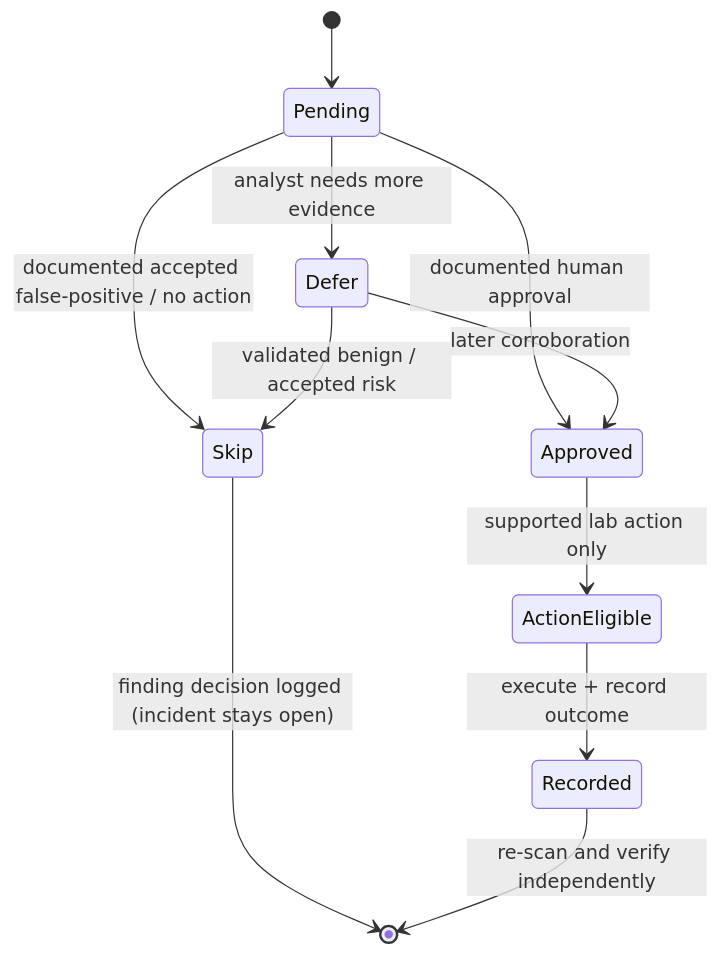
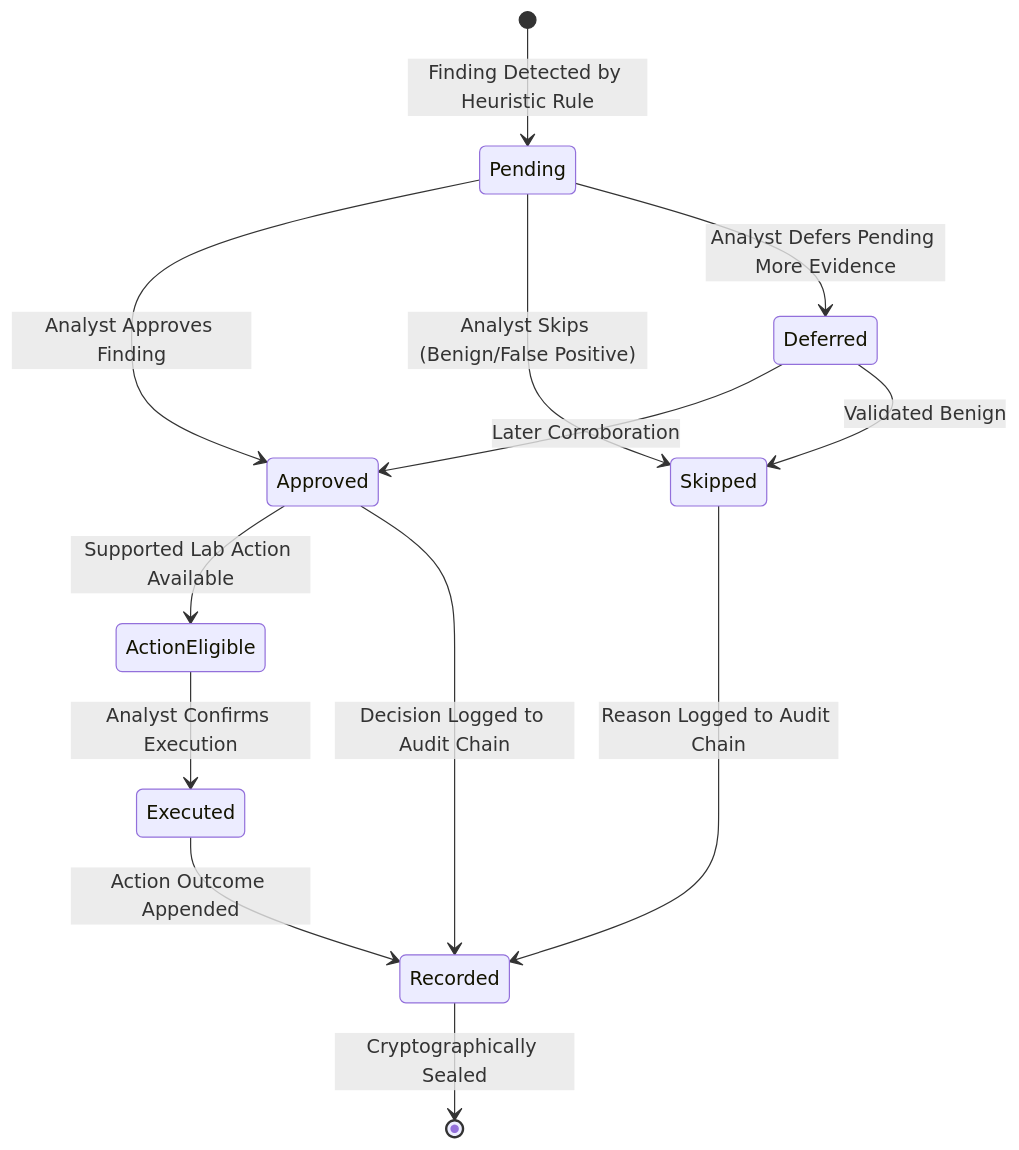
One commit to shii9/AegisIR changed the third of 3 diagrams in docs/03-WORKFLOW.md. Above: the diagram before and after it, drawn with Mermaid. The commit also changed other lines of this file and 2 other files, not shown here.

Commit message:
docs: align architecture and workflow specifications with the 5-stage triage pipeline and interactive TUI

````diff
--- a/docs/03-WORKFLOW.md
+++ b/docs/03-WORKFLOW.md
@@ -68,13 +133,18 @@
 ```mermaid
 stateDiagram-v2
-  [*] --> Pending
-  Pending --> Defer: analyst needs more evidence
-  Pending --> Skip: documented accepted false-positive / no action
-  Pending --> Approved: documented human approval
-  Defer --> Approved: later corroboration
-  Defer --> Skip: validated benign / accepted risk
-  Approved --> ActionEligible: supported lab action only
-  ActionEligible --> Recorded: execute + record outcome
-  Skip --> [*]: finding decision logged (incident stays open)
-  Recorded --> [*]: re-scan and verify independently
+  [*] --> Pending: Finding Detected by Heuristic Rule
+  Pending --> Approved: Analyst Approves Finding
+  Pending --> Skipped: Analyst Skips (Benign/False Positive)
+  Pending --> Deferred: Analyst Defers Pending More Evidence
+  
+  Deferred --> Approved: Later Corroboration
+  Deferred --> Skipped: Validated Benign
+  
+  Approved --> ActionEligible: Supported Lab Action Available
+  ActionEligible --> Executed: Analyst Confirms Execution
+  
+  Approved --> Recorded: Decision Logged to Audit Chain
+  Skipped --> Recorded: Reason Logged to Audit Chain
+  Executed --> Recorded: Action Outcome Appended
+  Recorded --> [*]: Cryptographically Sealed
 ```
````
